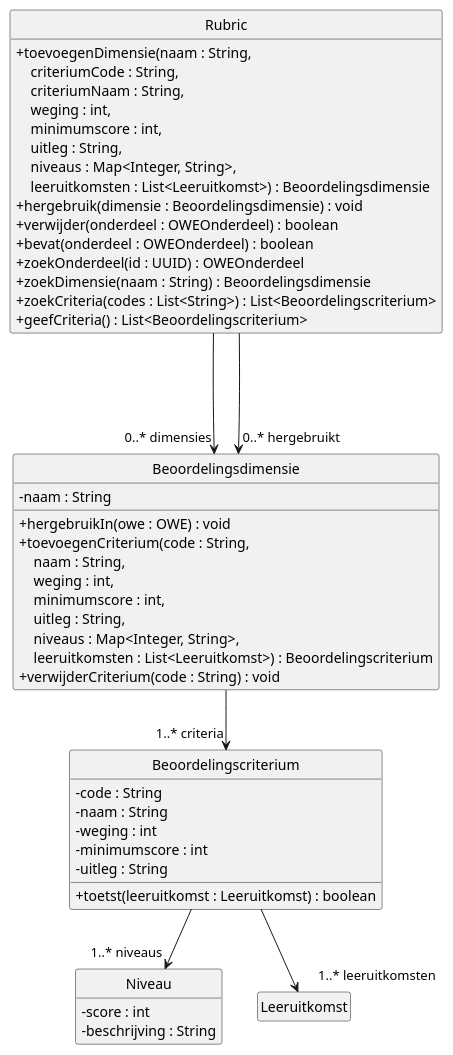
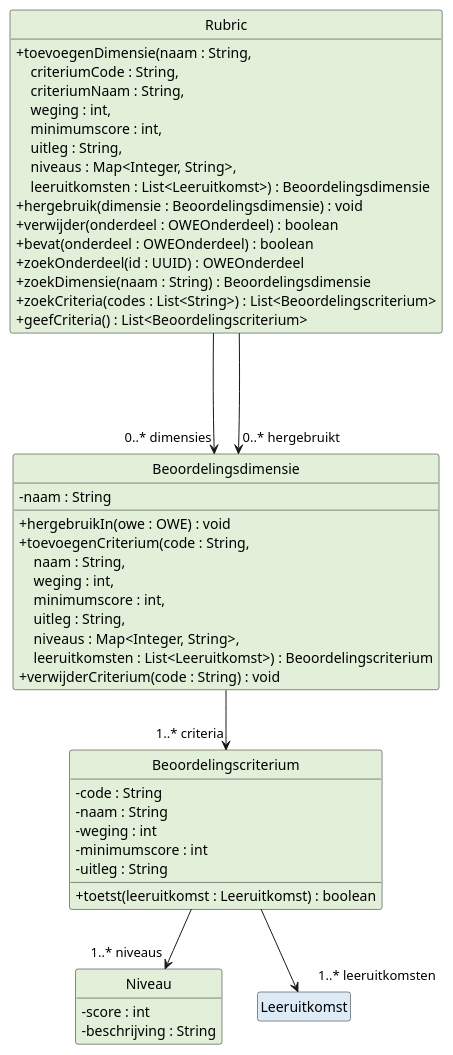
Before and after one commit to HAN-Craftsmanship-KL-JJG/casus: the diagram in docs/diagrams/klassendiagram-rubric.puml, drawn with PlantUML. The commit also changed 12 other files, not shown here.

First line of the commit message:
docs: colour each class by the diagram that defines it

```diff
--- a/docs/diagrams/klassendiagram-rubric.puml
+++ b/docs/diagrams/klassendiagram-rubric.puml
@@ -1,63 +1,64 @@
 @startuml klassendiagram-rubric
 ' Design class diagram van ICDE: de rubric. Toelichting: docs/07-klassendiagram.md
 ' Getters en setters staan er niet in, zoals bij Larman (7.6).
 ' Een klasse zonder attributen en operaties staat volledig in een ander klassendiagram.
+' De kleur van een klasse is de kleur van het diagram waarin ze volledig staat.
 skinparam style strictuml
 skinparam shadowing false
 skinparam defaultFontName Helvetica
 skinparam classAttributeIconSize 0
 hide empty members
 
-class Rubric {
+class Rubric #E2F0D9 {
   + toevoegenDimensie(naam : String,\n    \
 criteriumCode : String,\n    \
 criteriumNaam : String,\n    \
 weging : int,\n    \
 minimumscore : int,\n    \
 uitleg : String,\n    \
 niveaus : Map<Integer, String>,\n    \
 leeruitkomsten : List<Leeruitkomst>) : Beoordelingsdimensie
   + hergebruik(dimensie : Beoordelingsdimensie) : void
   + verwijder(onderdeel : OWEOnderdeel) : boolean
   + bevat(onderdeel : OWEOnderdeel) : boolean
   + zoekOnderdeel(id : UUID) : OWEOnderdeel
   + zoekDimensie(naam : String) : Beoordelingsdimensie
   + zoekCriteria(codes : List<String>) : List<Beoordelingscriterium>
   + geefCriteria() : List<Beoordelingscriterium>
 }
 
-class Beoordelingsdimensie {
+class Beoordelingsdimensie #E2F0D9 {
   - naam : String
   + hergebruikIn(owe : OWE) : void
   + toevoegenCriterium(code : String,\n    \
 naam : String,\n    \
 weging : int,\n    \
 minimumscore : int,\n    \
 uitleg : String,\n    \
 niveaus : Map<Integer, String>,\n    \
 leeruitkomsten : List<Leeruitkomst>) : Beoordelingscriterium
   + verwijderCriterium(code : String) : void
 }
 
-class Beoordelingscriterium {
+class Beoordelingscriterium #E2F0D9 {
   - code : String
   - naam : String
   - weging : int
   - minimumscore : int
   - uitleg : String
   + toetst(leeruitkomst : Leeruitkomst) : boolean
 }
 
-class Niveau {
+class Niveau #E2F0D9 {
   - score : int
   - beschrijving : String
 }
 
-class Leeruitkomst
+class Leeruitkomst #DDEBF7
 
 Rubric --> "0..* dimensies" Beoordelingsdimensie
 Rubric ---> "0..* hergebruikt" Beoordelingsdimensie
 Beoordelingsdimensie --> "1..* criteria" Beoordelingscriterium
 Beoordelingscriterium --> "1..* niveaus" Niveau
 Beoordelingscriterium --> "1..* leeruitkomsten" Leeruitkomst
 @enduml
```
